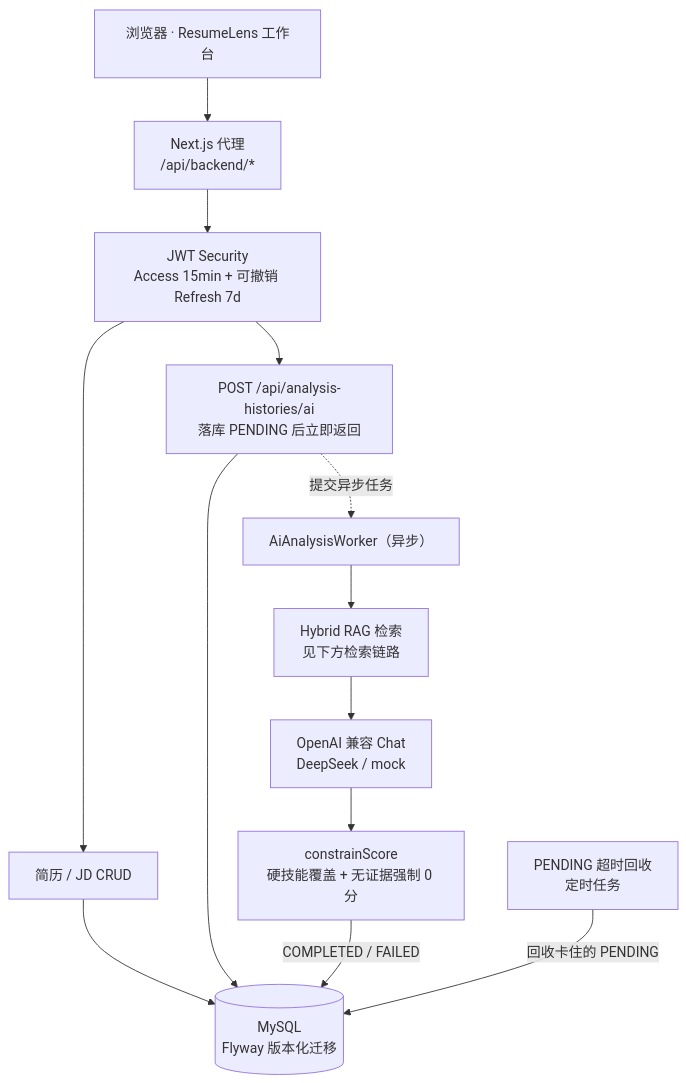
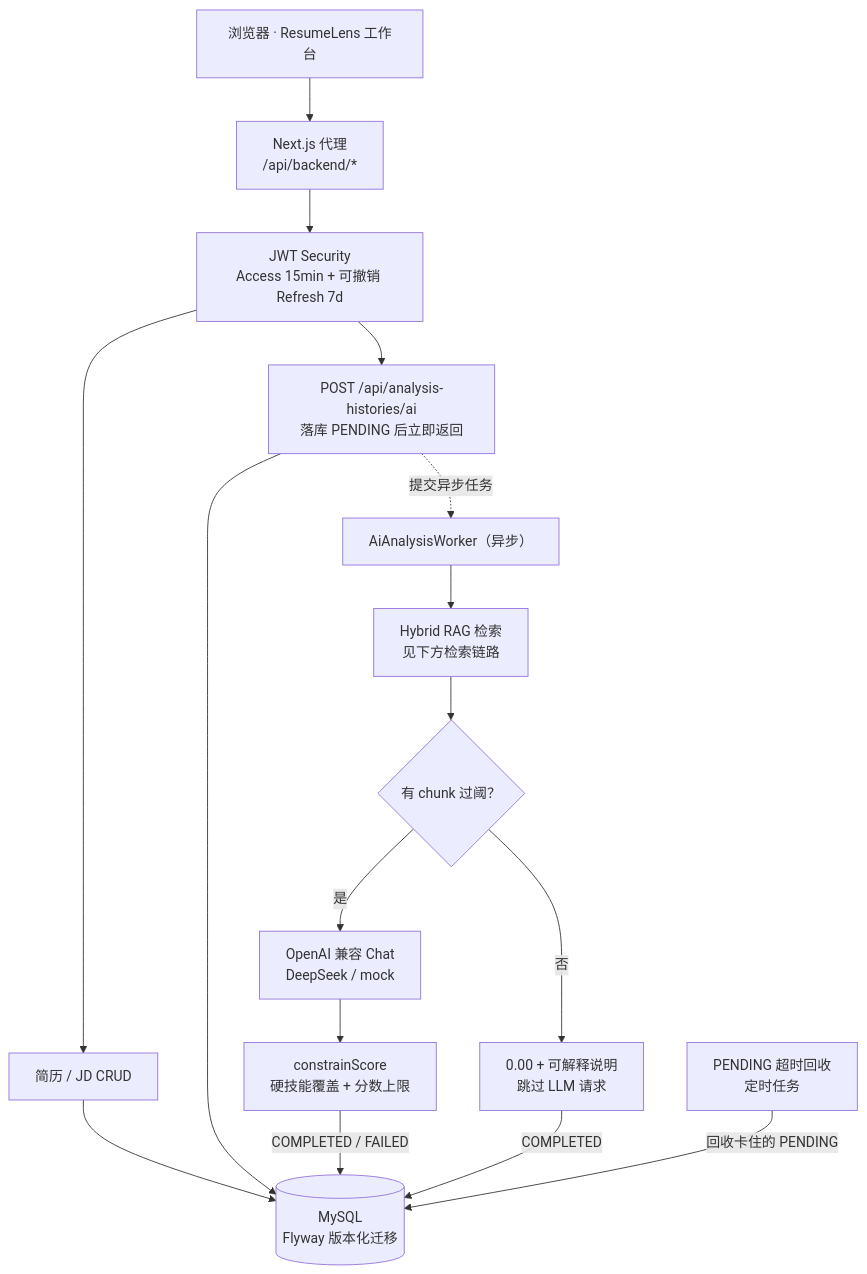
Before and after one commit to wuWhite688/ResumeLens: the first of 2 diagrams in README.md, drawn with Mermaid. The commit also changed other lines of this file and 11 other files, not shown here.

````diff
--- a/README.md
+++ b/README.md
@@ -88,22 +88,27 @@
 ```mermaid
 flowchart TD
     B["浏览器 · ResumeLens 工作台"]
     P["Next.js 代理<br/>/api/backend/*"]
     SEC["JWT Security<br/>Access 15min + 可撤销 Refresh 7d"]
     CRUD["简历 / JD CRUD"]
     SUBMIT["POST /api/analysis-histories/ai<br/>落库 PENDING 后立即返回"]
     W["AiAnalysisWorker（异步）"]
     RAG["Hybrid RAG 检索<br/>见下方检索链路"]
+    GATE{"有 chunk 过阈？"}
     LLM["OpenAI 兼容 Chat<br/>DeepSeek / mock"]
-    SCORE["constrainScore<br/>硬技能覆盖 + 无证据强制 0 分"]
+    SCORE["constrainScore<br/>硬技能覆盖 + 分数上限"]
+    ZERO["0.00 + 可解释说明<br/>跳过 LLM 请求"]
     RECLAIM["PENDING 超时回收<br/>定时任务"]
     DB[("MySQL<br/>Flyway 版本化迁移")]
 
     B --> P --> SEC
     SEC --> CRUD --> DB
     SEC --> SUBMIT --> DB
     SUBMIT -. 提交异步任务 .-> W
-    W --> RAG --> LLM --> SCORE
+    W --> RAG --> GATE
+    GATE -- 是 --> LLM --> SCORE
+    GATE -- 否 --> ZERO
     SCORE -- COMPLETED / FAILED --> DB
+    ZERO -- COMPLETED --> DB
     RECLAIM -- 回收卡住的 PENDING --> DB
 ```
````
